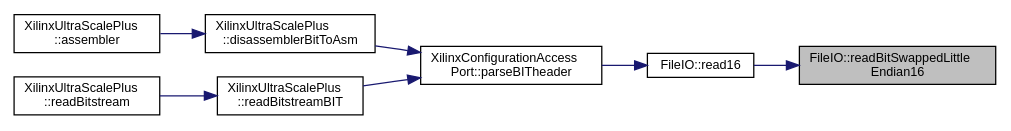
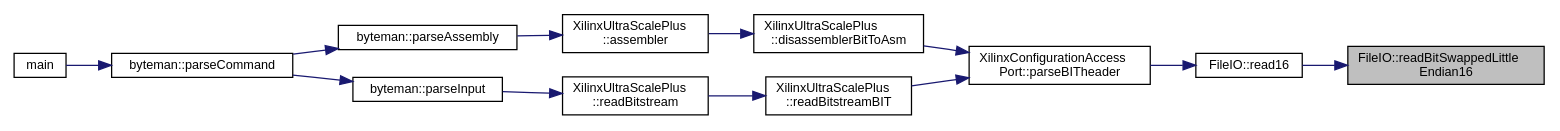
Before and after one commit to FPGA-Research-Manchester/byteman: the diagram in namespaceFileIO_ad7317fb7deef65dddb8b12103fde926f_icgraph.dot, drawn with Graphviz. The commit also changed 713 other files, not shown here.

```diff
--- a/namespaceFileIO_ad7317fb7deef65dddb8b12103fde926f_icgraph.dot
+++ b/namespaceFileIO_ad7317fb7deef65dddb8b12103fde926f_icgraph.dot
@@ -1,21 +1,30 @@
 digraph "FileIO::readBitSwappedLittleEndian16"
 {
  // INTERACTIVE_SVG=YES
  // LATEX_PDF_SIZE
   edge [fontname="Helvetica",fontsize="10",labelfontname="Helvetica",labelfontsize="10"];
   node [fontname="Helvetica",fontsize="10",shape=record];
   rankdir="RL";
   Node1 [label="FileIO::readBitSwappedLittle\lEndian16",height=0.2,width=0.4,color="black", fillcolor="grey75", style="filled", fontcolor="black",tooltip=" "];
   Node1 -> Node2 [dir="back",color="midnightblue",fontsize="10",style="solid",fontname="Helvetica"];
   Node2 [label="FileIO::read16",height=0.2,width=0.4,color="black", fillcolor="white", style="filled",URL="$namespaceFileIO.html#a48ad27e27400610acdcfbec9a2143b18",tooltip=" "];
   Node2 -> Node3 [dir="back",color="midnightblue",fontsize="10",style="solid",fontname="Helvetica"];
   Node3 [label="XilinxConfigurationAccess\lPort::parseBITheader",height=0.2,width=0.4,color="black", fillcolor="white", style="filled",URL="$classXilinxConfigurationAccessPort.html#a0eb1cd9757987010e6879268ae412b4e",tooltip=" "];
   Node3 -> Node4 [dir="back",color="midnightblue",fontsize="10",style="solid",fontname="Helvetica"];
   Node4 [label="XilinxUltraScalePlus\l::disassemblerBitToAsm",height=0.2,width=0.4,color="black", fillcolor="white", style="filled",URL="$classXilinxUltraScalePlus.html#a54f9af4b6723a99c0b9e8e9c9b424d00",tooltip=" "];
   Node4 -> Node5 [dir="back",color="midnightblue",fontsize="10",style="solid",fontname="Helvetica"];
   Node5 [label="XilinxUltraScalePlus\l::assembler",height=0.2,width=0.4,color="black", fillcolor="white", style="filled",URL="$classXilinxUltraScalePlus.html#a53e5f6ec962f1f2a961f90b8b9e90e10",tooltip=" "];
-  Node3 -> Node6 [dir="back",color="midnightblue",fontsize="10",style="solid",fontname="Helvetica"];
-  Node6 [label="XilinxUltraScalePlus\l::readBitstreamBIT",height=0.2,width=0.4,color="black", fillcolor="white", style="filled",URL="$classXilinxUltraScalePlus.html#a62dea738808396d7d520f26d8e5594d2",tooltip=" "];
+  Node5 -> Node6 [dir="back",color="midnightblue",fontsize="10",style="solid",fontname="Helvetica"];
+  Node6 [label="byteman::parseAssembly",height=0.2,width=0.4,color="black", fillcolor="white", style="filled",URL="$classbyteman.html#a5e7f2e31d95626075a6ce22b54ecbbf8",tooltip=" "];
   Node6 -> Node7 [dir="back",color="midnightblue",fontsize="10",style="solid",fontname="Helvetica"];
-  Node7 [label="XilinxUltraScalePlus\l::readBitstream",height=0.2,width=0.4,color="black", fillcolor="white", style="filled",URL="$classXilinxUltraScalePlus.html#a0e5d08a2e5c37a29a1a04d50b48739d2",tooltip=" "];
+  Node7 [label="byteman::parseCommand",height=0.2,width=0.4,color="black", fillcolor="white", style="filled",URL="$classbyteman.html#a97ad2d6b20a10ddb0dd8d373159eea4e",tooltip=" "];
+  Node7 -> Node8 [dir="back",color="midnightblue",fontsize="10",style="solid",fontname="Helvetica"];
+  Node8 [label="main",height=0.2,width=0.4,color="black", fillcolor="white", style="filled",URL="$byteman_8cpp.html#a0ddf1224851353fc92bfbff6f499fa97",tooltip=" "];
+  Node3 -> Node9 [dir="back",color="midnightblue",fontsize="10",style="solid",fontname="Helvetica"];
+  Node9 [label="XilinxUltraScalePlus\l::readBitstreamBIT",height=0.2,width=0.4,color="black", fillcolor="white", style="filled",URL="$classXilinxUltraScalePlus.html#a62dea738808396d7d520f26d8e5594d2",tooltip=" "];
+  Node9 -> Node10 [dir="back",color="midnightblue",fontsize="10",style="solid",fontname="Helvetica"];
+  Node10 [label="XilinxUltraScalePlus\l::readBitstream",height=0.2,width=0.4,color="black", fillcolor="white", style="filled",URL="$classXilinxUltraScalePlus.html#a0e5d08a2e5c37a29a1a04d50b48739d2",tooltip=" "];
+  Node10 -> Node11 [dir="back",color="midnightblue",fontsize="10",style="solid",fontname="Helvetica"];
+  Node11 [label="byteman::parseInput",height=0.2,width=0.4,color="black", fillcolor="white", style="filled",URL="$classbyteman.html#ac217ac1dbc512bf44a70b147c0ceff04",tooltip=" "];
+  Node11 -> Node7 [dir="back",color="midnightblue",fontsize="10",style="solid",fontname="Helvetica"];
 }
```
